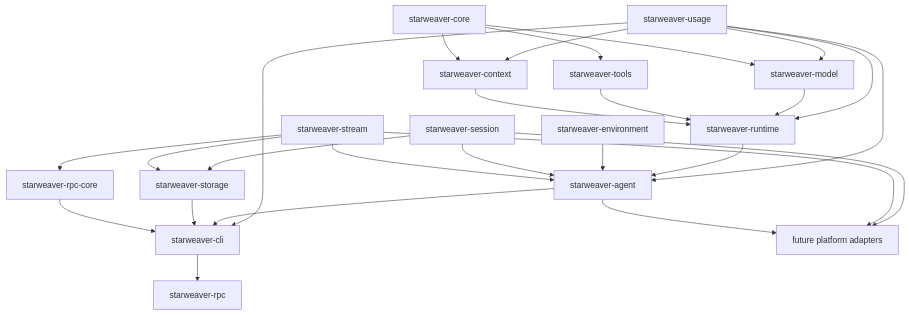
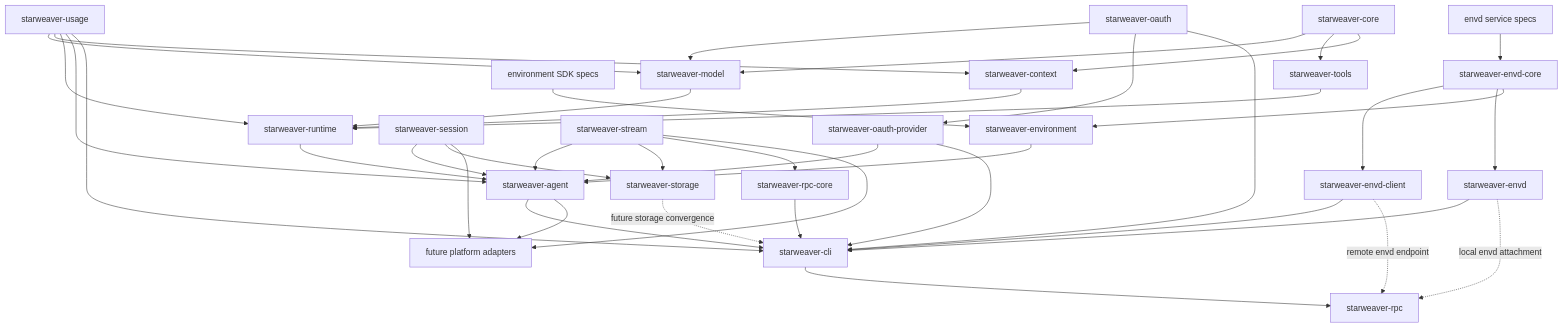
The diagram in spec/README.md (Wh1isper/starweaver), drawn with Mermaid before and after one commit. The commit also changed other lines of this file and 56 other files, not shown here.

First line of the commit message:
feat(envd): add local envd integration (#7)

````diff
--- a/spec/README.md
+++ b/spec/README.md
@@ -53,44 +64,65 @@
 ```mermaid
 flowchart TD
     core[starweaver-core]
     usage[starweaver-usage]
+    oauth[starweaver-oauth]
+    oauth_provider[starweaver-oauth-provider]
     model[starweaver-model]
     tools[starweaver-tools]
     context[starweaver-context]
     runtime[starweaver-runtime]
     agent[starweaver-agent]
     env[starweaver-environment]
+    env_specs[environment SDK specs]
+    envd_specs[envd service specs]
+    envd_core[starweaver-envd-core]
+    envd_client[starweaver-envd-client]
+    envd[starweaver-envd]
     session[starweaver-session]
     stream[starweaver-stream]
     storage[starweaver-storage]
     cli[starweaver-cli]
     rpc_core[starweaver-rpc-core]
     rpc[starweaver-rpc]
     platform[future platform adapters]
 
     usage --> model
     usage --> context
     usage --> runtime
     usage --> agent
     usage --> cli
     core --> model
     core --> tools
     core --> context
+    oauth --> model
+    oauth --> oauth_provider
+    oauth_provider --> agent
+    oauth --> cli
+    oauth_provider --> cli
     model --> runtime
     tools --> runtime
     context --> runtime
     runtime --> agent
     env --> agent
+    env_specs --> env
+    envd_specs --> envd_core
+    envd_core --> envd_client
+    envd_core --> envd
+    envd_core --> env
+    envd --> cli
+    envd_client --> cli
+    envd -. local envd attachment .-> rpc
+    envd_client -. remote envd endpoint .-> rpc
     session --> agent
     stream --> agent
     session --> storage
     stream --> storage
     agent --> cli
-    storage --> cli
+    storage -. future storage convergence .-> cli
     stream --> rpc_core
     rpc_core --> cli
     cli --> rpc
     session --> platform
     stream --> platform
     agent --> platform
 ```
````
